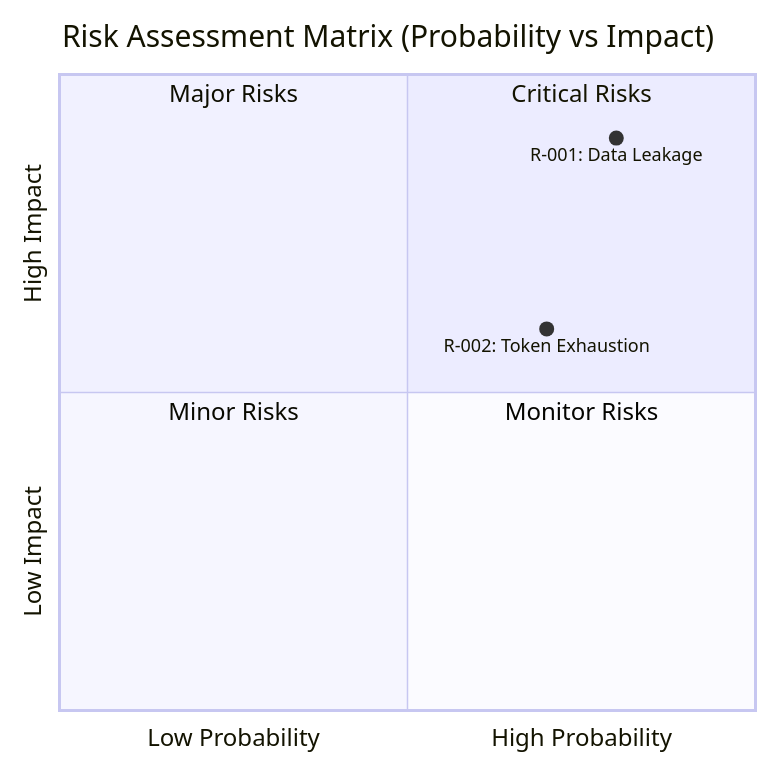
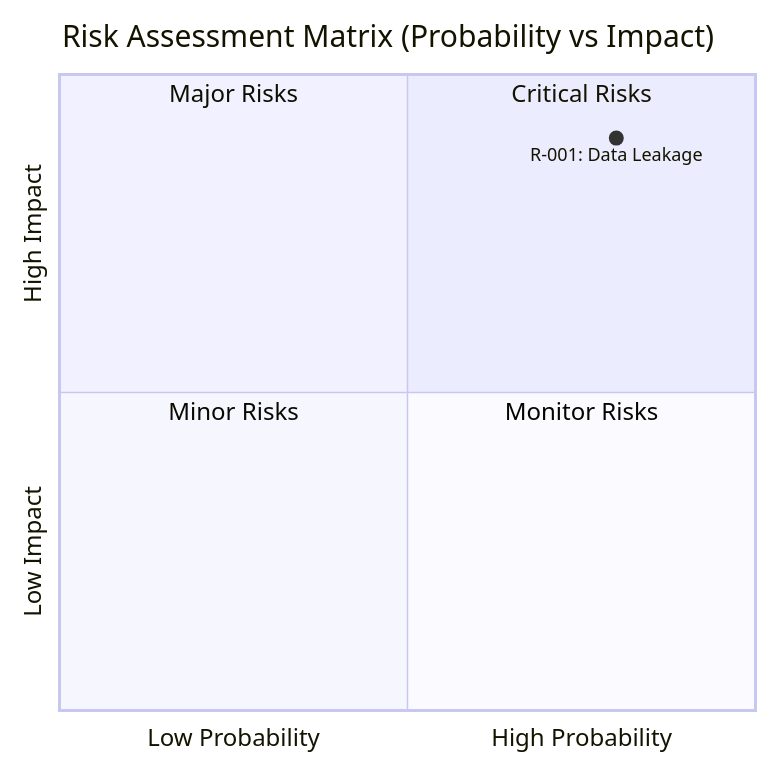
Before and after one commit to hainguyen81/ai-scraper: the third of 3 diagrams in sources/agents/estimation/agent_estimator.prompt.user.md, drawn with Mermaid. The commit also changed other lines of this file and 1 other file, not shown here.

````diff
--- a/sources/agents/estimation/agent_estimator.prompt.user.md
+++ b/sources/agents/estimation/agent_estimator.prompt.user.md
@@ -141,12 +156,11 @@
 ```mermaid
 quadrantChart
-    title Risk Assessment Matrix (Probability vs Impact)
-    x-axis "Low Probability" --> "High Probability"
-    y-axis "Low Impact" --> "High Impact"
-    quadrant-1 "Critical Risks"
-    quadrant-2 "Major Risks"
-    quadrant-3 "Minor Risks"
-    quadrant-4 "Monitor Risks"
-    "R-001: Data Leakage" : [0.8, 0.9]
-    "R-002: Token Exhaustion" : [0.7, 0.6]
+title Risk Assessment Matrix (Probability vs Impact)
+x-axis "Low Probability" --> "High Probability"
+y-axis "Low Impact" --> "High Impact"
+quadrant-1 "Critical Risks"
+quadrant-2 "Major Risks"
+quadrant-3 "Minor Risks"
+quadrant-4 "Monitor Risks"
+"R-001: Data Leakage" : [0.8, 0.9]
 ```
````
